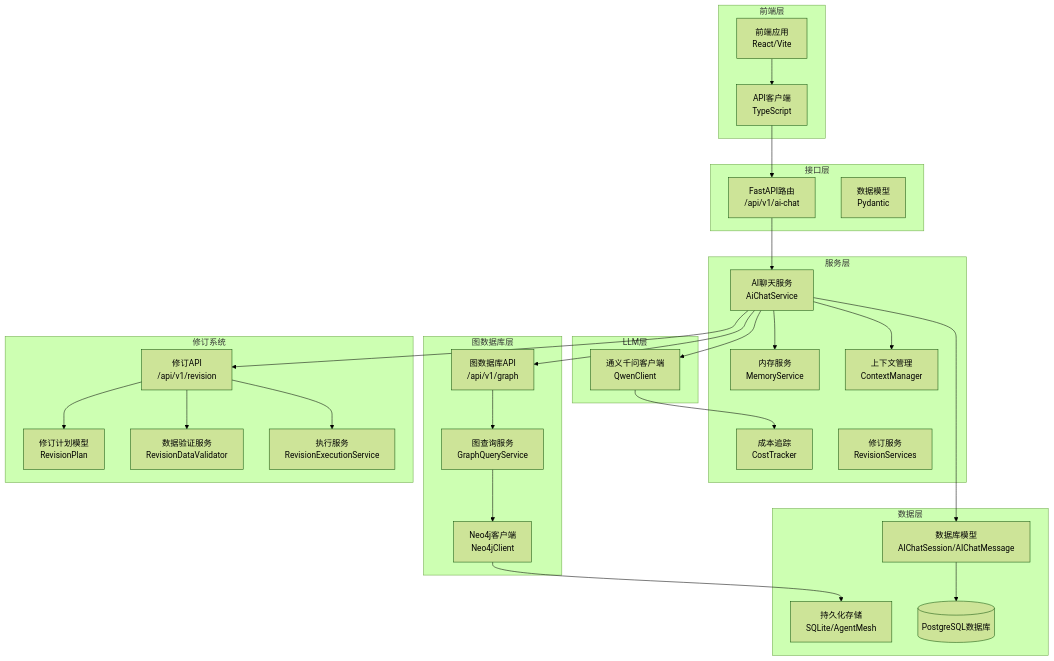
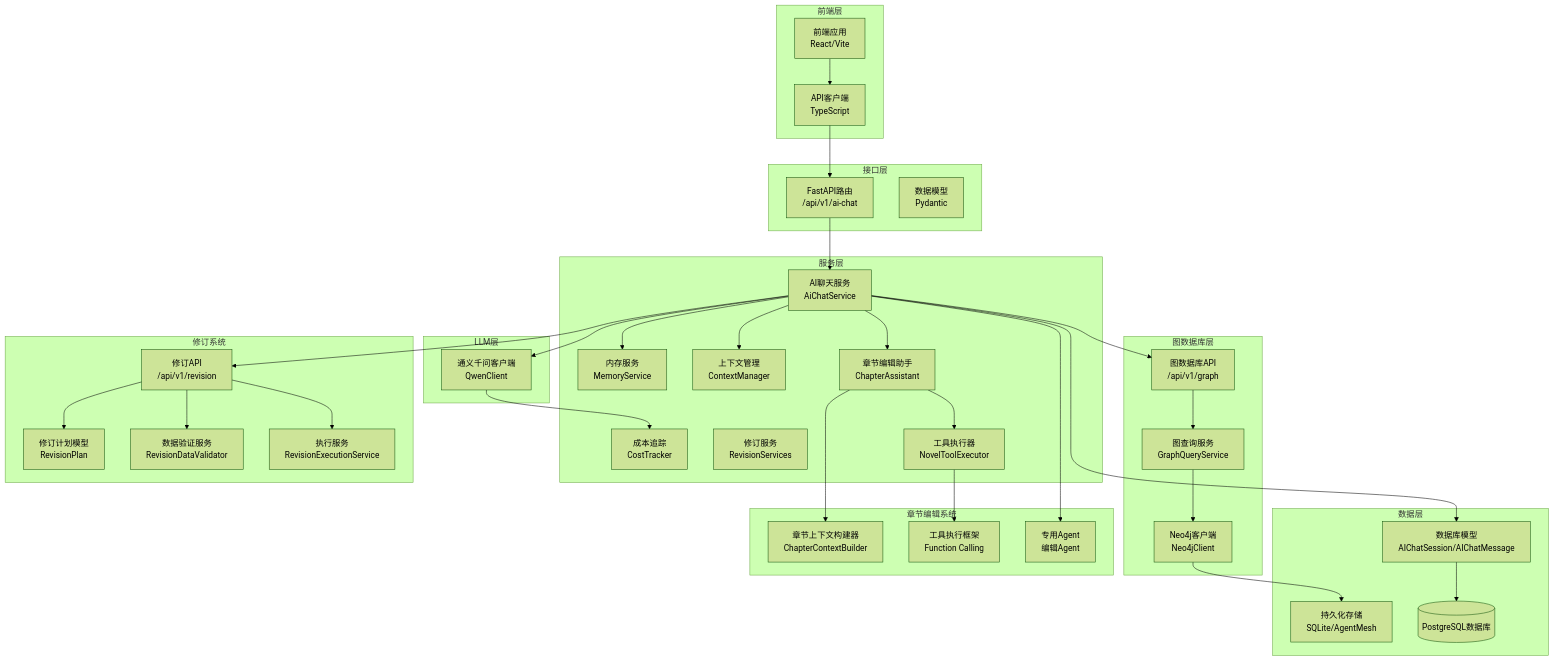
The first of 36 diagrams in .qoder/repowiki/zh/content/Ai Chat Service.md (xfbyxq/ai-novel-system), drawn with Mermaid (forest theme) before and after one commit. The commit also changed other lines of this file and 13 other files, not shown here.

````diff
--- a/.qoder/repowiki/zh/content/Ai Chat Service.md
+++ b/.qoder/repowiki/zh/content/Ai Chat Service.md
@@ -63,54 +70,66 @@
 ```mermaid
 graph TB
 subgraph "前端层"
 FE[前端应用<br/>React/Vite]
 API[API客户端<br/>TypeScript]
 end
 subgraph "接口层"
 Router[FastAPI路由<br/>/api/v1/ai-chat]
 Schemas[数据模型<br/>Pydantic]
 end
 subgraph "服务层"
 Service[AI聊天服务<br/>AiChatService]
 Memory[内存服务<br/>MemoryService]
 Context[上下文管理<br/>ContextManager]
 Cost[成本追踪<br/>CostTracker]
 Revision[修订服务<br/>RevisionServices]
+ChapterAssistant[章节编辑助手<br/>ChapterAssistant]
+ToolExecutor[工具执行器<br/>NovelToolExecutor]
 end
 subgraph "图数据库层"
 GraphAPI[图数据库API<br/>/api/v1/graph]
 GraphService[图查询服务<br/>GraphQueryService]
 Neo4j[Neo4j客户端<br/>Neo4jClient]
 end
 subgraph "LLM层"
 Qwen[通义千问客户端<br/>QwenClient]
 end
 subgraph "数据层"
 Models[数据库模型<br/>AIChatSession/AIChatMessage]
 Persist[持久化存储<br/>SQLite/AgentMesh]
 DB[(PostgreSQL数据库)]
 end
 subgraph "修订系统"
 RevisionAPI[修订API<br/>/api/v1/revision]
 RevisionPlan[修订计划模型<br/>RevisionPlan]
 Validator[数据验证服务<br/>RevisionDataValidator]
 Executor[执行服务<br/>RevisionExecutionService]
 end
+subgraph "章节编辑系统"
+ContextBuilder[章节上下文构建器<br/>ChapterContextBuilder]
+ToolFramework[工具执行框架<br/>Function Calling]
+Agents[专用Agent<br/>编辑Agent]
+end
 FE --> API
 API --> Router
 Router --> Service
 Service --> Memory
 Service --> Context
 Service --> Qwen
 Service --> Models
 Service --> GraphAPI
 GraphAPI --> GraphService
 GraphService --> Neo4j
 Neo4j --> Persist
 Models --> DB
 Qwen --> Cost
 Service --> RevisionAPI
 RevisionAPI --> RevisionPlan
 RevisionAPI --> Validator
 RevisionAPI --> Executor
+Service --> ChapterAssistant
+ChapterAssistant --> ContextBuilder
+ChapterAssistant --> ToolExecutor
+ToolExecutor --> ToolFramework
+Service --> Agents
 ```
````
